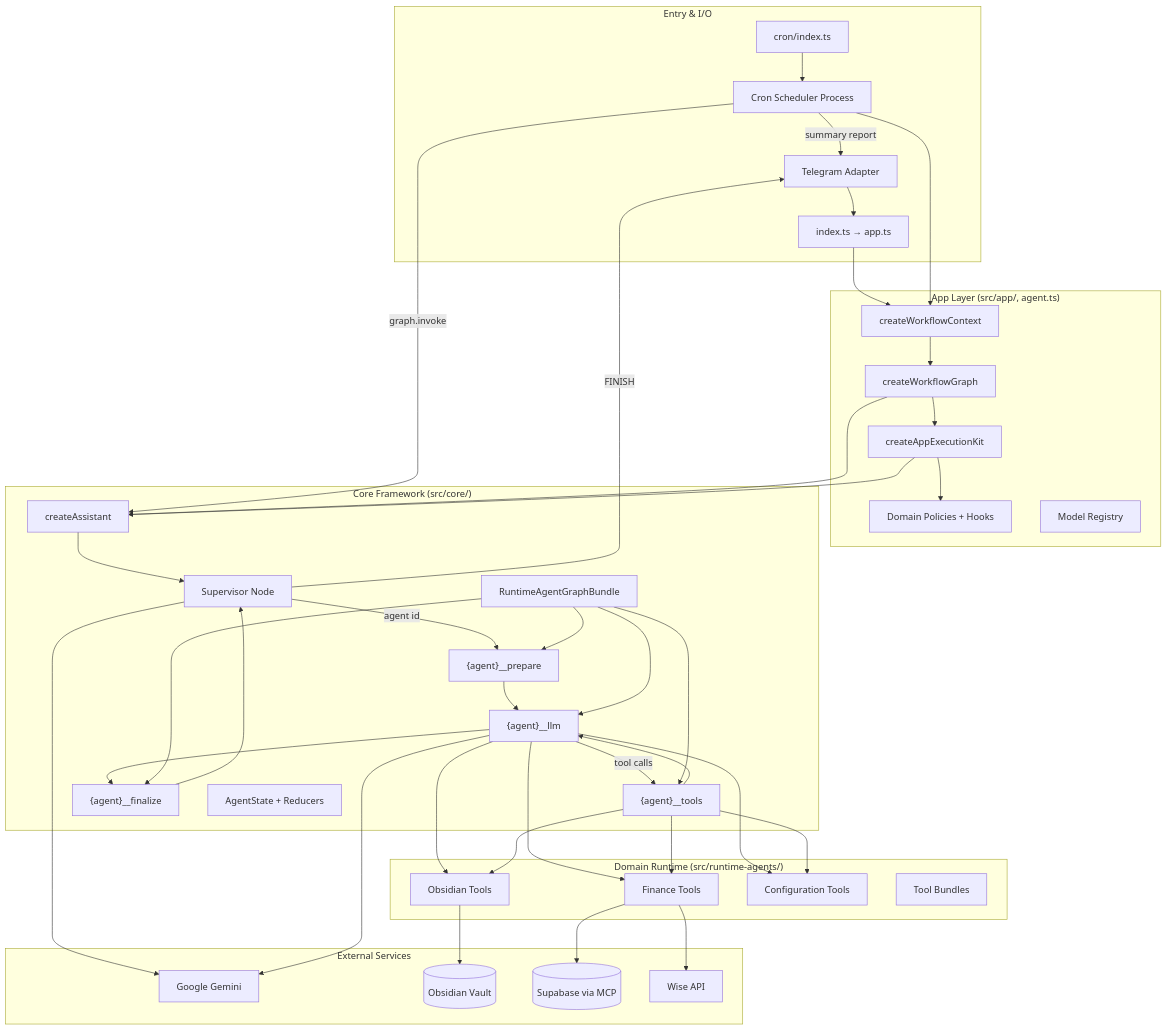
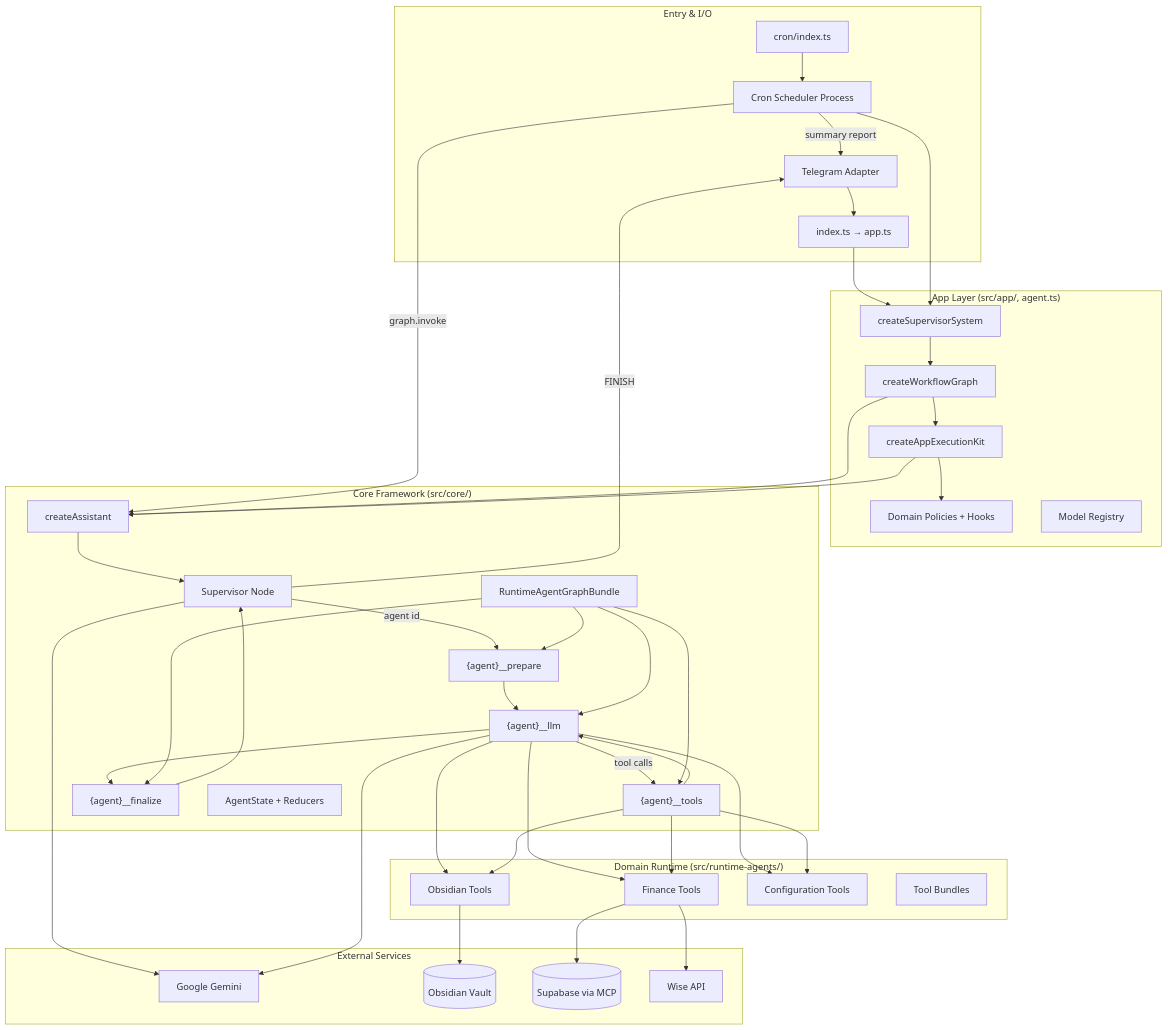
Before and after one commit to slnnzmtl/langgraph-personal-assistant: the first of 2 diagrams in docs/ARCHITECTURE.md, drawn with Mermaid. The commit also changed other lines of this file and 42 other files, not shown here.

Commit message:
refactor: replace promptResolver with loadPromptByKey in assistant configuration, streamline workflow context creation, and enhance supervisor system integration for improved modularity and clarity

````diff
--- a/docs/ARCHITECTURE.md
+++ b/docs/ARCHITECTURE.md
@@ -32,63 +32,63 @@
 ```mermaid
 flowchart TB
     subgraph Entry["Entry & I/O"]
         TG[Telegram Adapter]
         CRON[Cron Scheduler Process]
         IDX[index.ts → app.ts]
         CRIDX[cron/index.ts]
     end
 
     subgraph AppLayer["App Layer (src/app/, agent.ts)"]
-        WFC[createWorkflowContext]
+        WFC[createSupervisorSystem]
         WFG[createWorkflowGraph]
         KIT[createAppExecutionKit]
         POL[Domain Policies + Hooks]
         MR[Model Registry]
     end
 
     subgraph Core["Core Framework (src/core/)"]
         CA[createAssistant]
         SUP[Supervisor Node]
         PREP["{agent}__prepare"]
         LLM["{agent}__llm"]
         TOOLS["{agent}__tools"]
         FINN["{agent}__finalize"]
         BUNDLE[RuntimeAgentGraphBundle]
         STATE[AgentState + Reducers]
     end
 
     subgraph Runtime["Domain Runtime (src/runtime-agents/)"]
         FIN[Finance Tools]
         OBS[Obsidian Tools]
         CFG[Configuration Tools]
         BUND[Tool Bundles]
     end
 
     subgraph External["External Services"]
         GEMINI[Google Gemini]
         VAULT[(Obsidian Vault)]
         SB[(Supabase via MCP)]
         WISE[Wise API]
     end
 
     TG --> IDX --> WFC --> WFG --> CA
     CRIDX --> CRON
     CRON --> WFC
     CRON -->|graph.invoke| CA
     CRON -->|summary report| TG
     WFG --> KIT --> CA
     KIT --> POL
     CA --> SUP
     SUP -->|agent id| PREP
     PREP --> LLM
     LLM -->|tool calls| TOOLS
     TOOLS --> LLM
     LLM --> FINN
     FINN --> SUP
     SUP -->|FINISH| TG
     BUNDLE --> PREP & LLM & TOOLS & FINN
     LLM & TOOLS --> FIN & OBS & CFG
     FIN --> SB & WISE
     OBS --> VAULT
     SUP & LLM --> GEMINI
 ```
````
